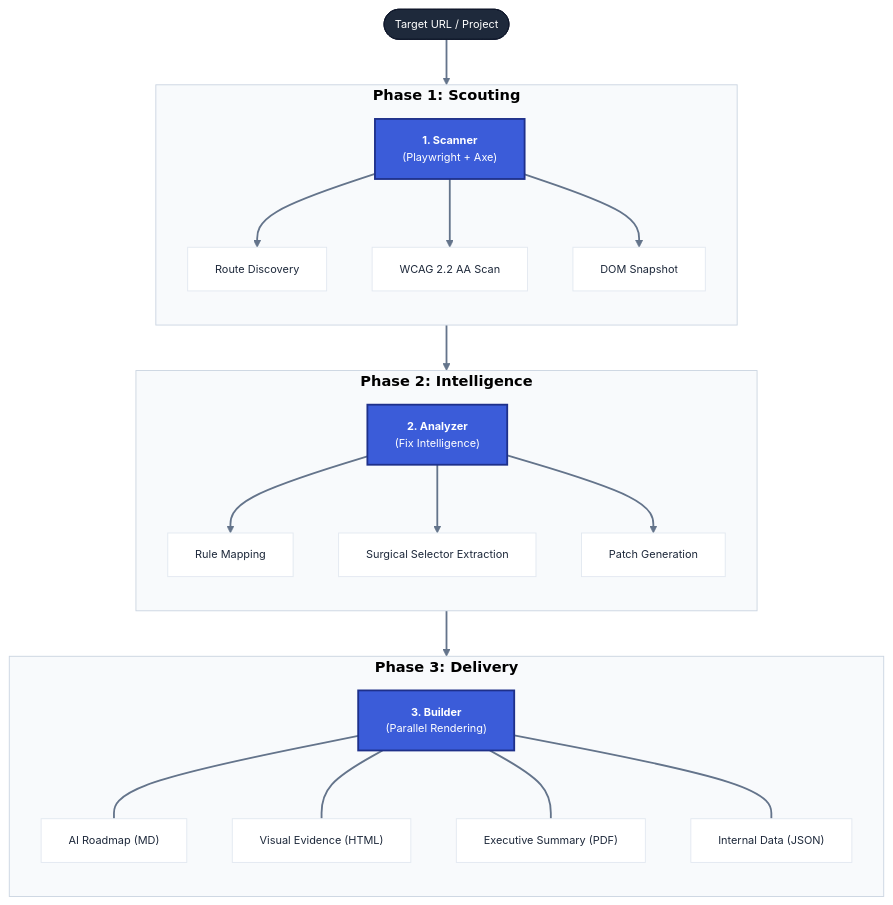
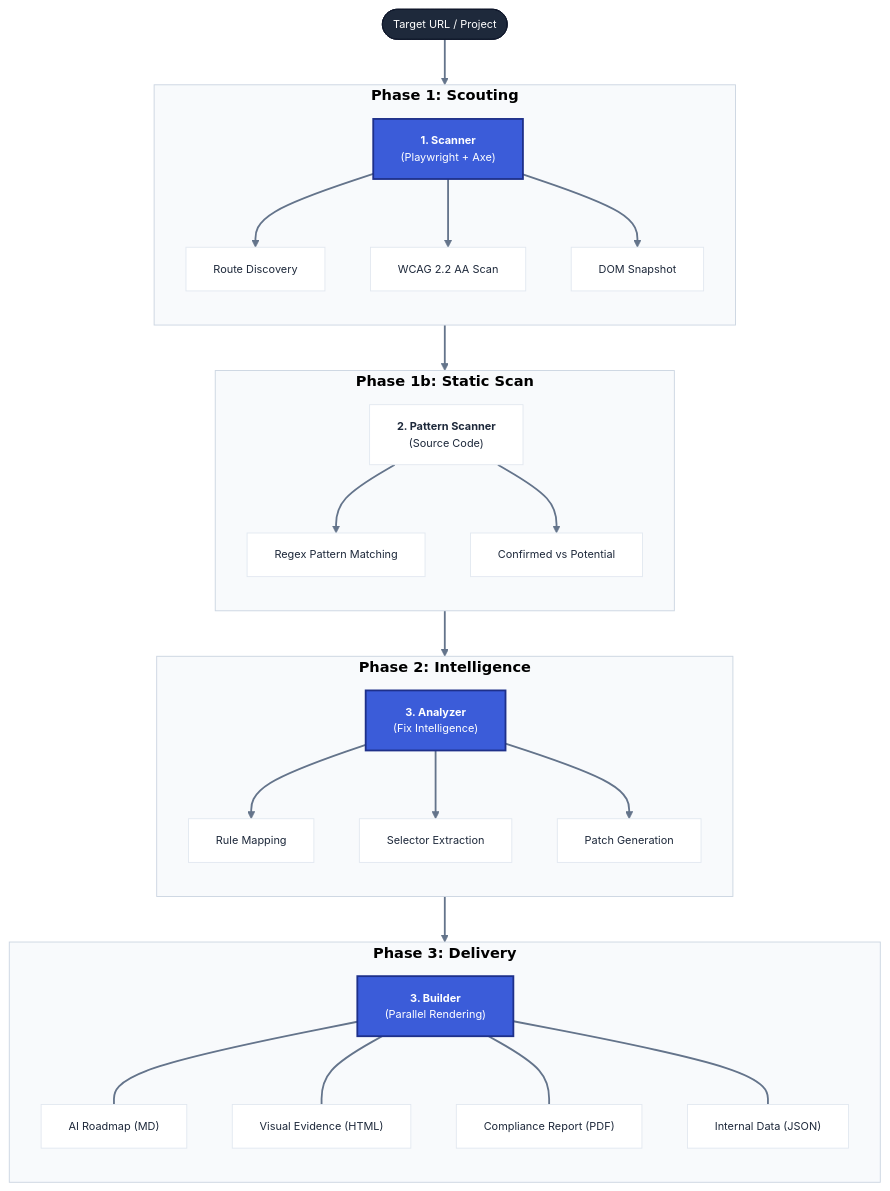
Before and after one commit to diegovelasquezweb/a11y-skill: the first of 2 diagrams in docs/architecture.md, drawn with Mermaid. The commit also changed other lines of this file and 5 other files, not shown here.

Commit message:
feat(a11y): introduce static pattern scanning phase to the remediation pipeline and refine architecture documentation.

````diff
--- a/docs/architecture.md
+++ b/docs/architecture.md
@@ -17,45 +17,54 @@
 ```mermaid
 %%{init: { 'theme': 'base', 'themeVariables': { 'primaryColor': '#3b5cd9', 'primaryTextColor': '#1e293b', 'primaryBorderColor': '#1e308a', 'lineColor': '#64748b', 'secondaryColor': '#f1f5f9', 'tertiaryColor': '#fff', 'mainBkg': '#fff', 'nodeBorder': '#e2e8f0', 'clusterBkg': '#f8fafc', 'clusterBorder': '#cbd5e1' } } }%%
 flowchart TD
     subgraph P1 ["Phase 1: Scouting"]
         direction TB
         B["<b>1. Scanner</b><br/>(Playwright + Axe)"]
         B1["Route Discovery"]
         B2["WCAG 2.2 AA Scan"]
         B3["DOM Snapshot"]
         B --> B1 & B2 & B3
     end
 
+    subgraph P1B ["Phase 1b: Static Scan"]
+        direction TB
+        E["<b>2. Pattern Scanner</b><br/>(Source Code)"]
+        E1["Regex Pattern Matching"]
+        E2["Confirmed vs Potential"]
+        E --> E1 & E2
+    end
+
     subgraph P2 ["Phase 2: Intelligence"]
         direction TB
-        C["<b>2. Analyzer</b><br/>(Fix Intelligence)"]
+        C["<b>3. Analyzer</b><br/>(Fix Intelligence)"]
         C1["Rule Mapping"]
-        C2["Surgical Selector Extraction"]
+        C2["Selector Extraction"]
         C3["Patch Generation"]
         C --> C1 & C2 & C3
     end
 
     subgraph P3 ["Phase 3: Delivery"]
         direction TB
         D["<b>3. Builder</b><br/>(Parallel Rendering)"]
         D1["AI Roadmap (MD)"]
         D2["Visual Evidence (HTML)"]
-        D3["Executive Summary (PDF)"]
+        D3["Compliance Report (PDF)"]
         D4["Internal Data (JSON)"]
         D --- D1 & D2 & D3 & D4
     end
 
     A(["Target URL / Project"]) --> P1
-    P1 --> P2
+    P1 --> P1B
+    P1B --> P2
     P2 --> P3
 
     linkStyle default stroke:#64748b,stroke-width:2px;
     classDef default font-family:Inter,sans-serif,font-size:12px;
     classDef phase font-weight:bold,fill:#f8fafc,stroke:#cbd5e1;
     classDef core fill:#3b5cd9,color:#fff,stroke:#1e308a,stroke-width:2px;
     classDef target fill:#1e293b,color:#fff,stroke:#0f172a;
 
-    class P1,P2,P3 phase;
+    class P1,P1B,P2,P3 phase;
     class B,C,D core;
     class A target;
 ```
````
